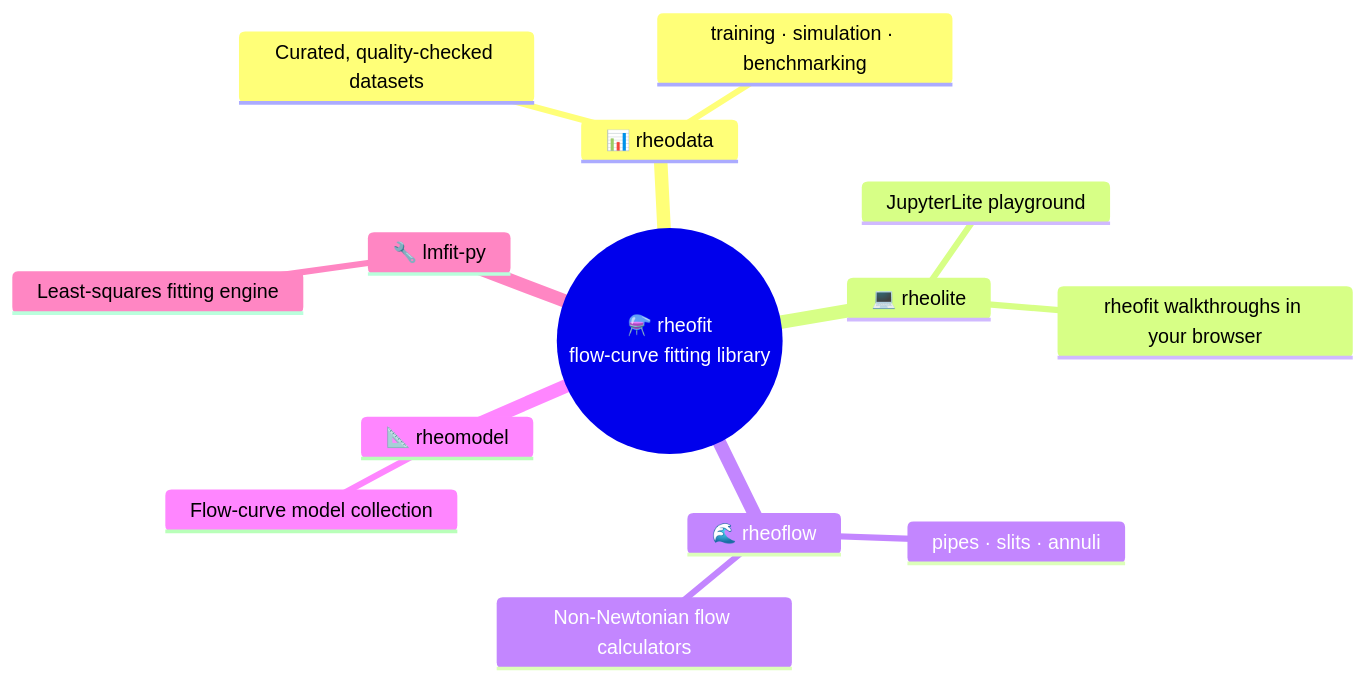
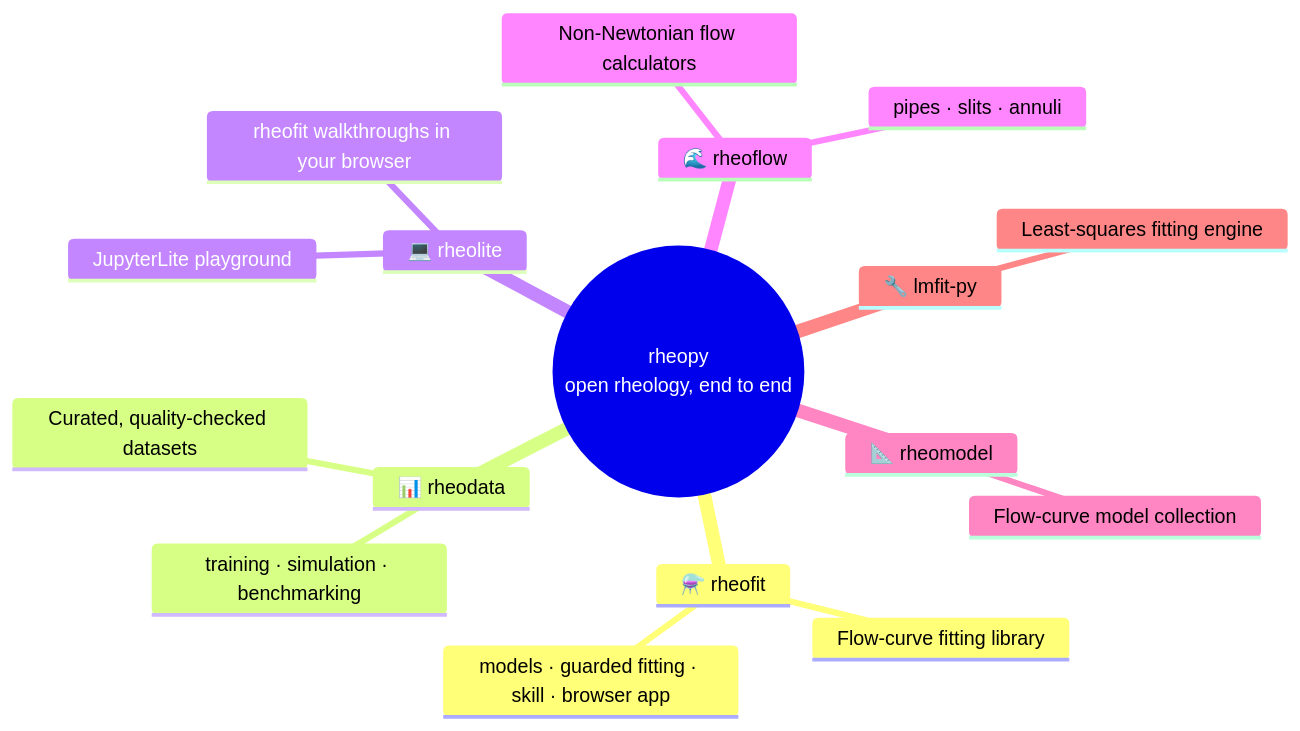
One commit to rheopy/.github changed the diagram in profile/README.md. Above: the diagram before and after it, drawn with Mermaid.

Commit message:
Org profile: rheopy-centered mindmap

````diff
--- a/profile/README.md
+++ b/profile/README.md
@@ -7,17 +7,20 @@
 ```mermaid
 mindmap
-  root((⚗️ rheofit<br/>flow-curve fitting library))
+  root((rheopy<br/>open rheology, end to end))
+    ⚗️ rheofit
+      Flow-curve fitting library
+      models · guarded fitting · skill · browser app
     📊 rheodata
       Curated, quality-checked datasets
       training · simulation · benchmarking
     💻 rheolite
       JupyterLite playground
       rheofit walkthroughs in your browser
     🌊 rheoflow
       Non-Newtonian flow calculators
       pipes · slits · annuli
     📐 rheomodel
       Flow-curve model collection
     🔧 lmfit-py
       Least-squares fitting engine
 ```
````
